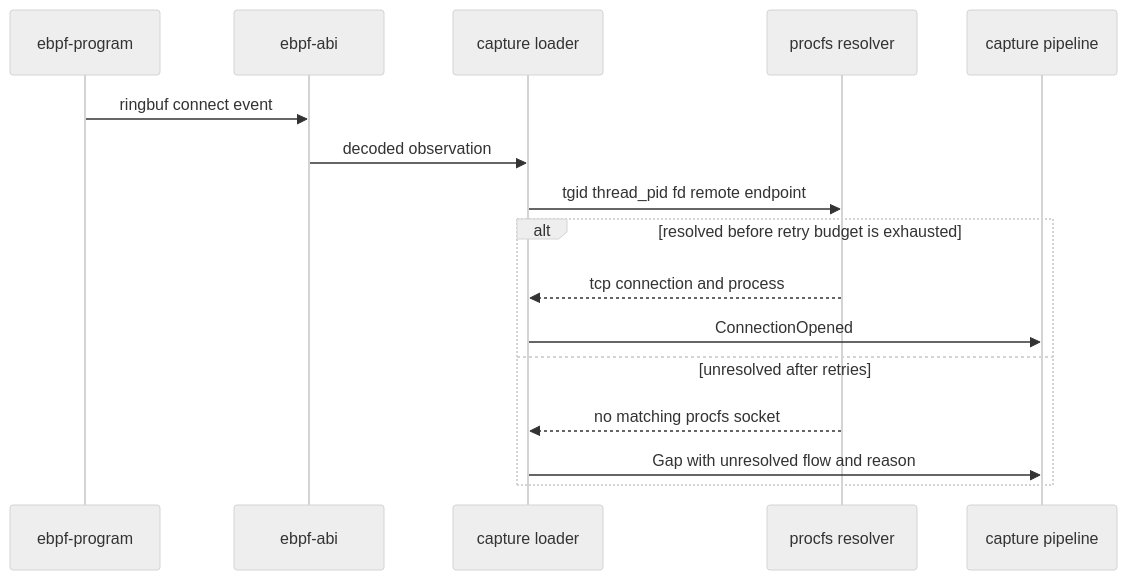
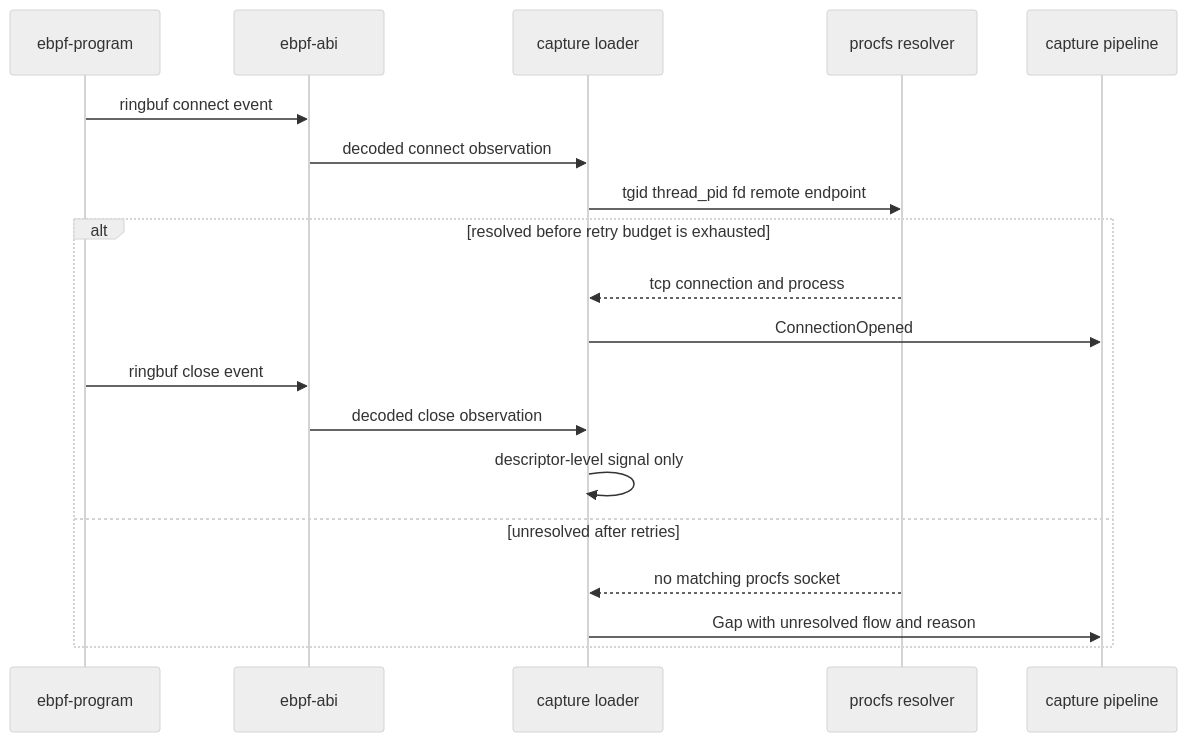
One commit to M4n5ter/probe changed the third of 7 diagrams in docs/design.md. Above: the diagram before and after it, drawn with Mermaid (neutral theme). The commit also changed other lines of this file and 17 other files, not shown here.

Commit message:
Add eBPF descriptor close observation

````diff
--- a/docs/design.md
+++ b/docs/design.md
@@ -291,19 +291,22 @@
 ```mermaid
 sequenceDiagram
     participant Program as ebpf-program
     participant Abi as ebpf-abi
     participant Loader as capture loader
     participant Resolver as procfs resolver
     participant Pipeline as capture pipeline
 
     Program->>Abi: ringbuf connect event
-    Abi->>Loader: decoded observation
+    Abi->>Loader: decoded connect observation
     Loader->>Resolver: tgid thread_pid fd remote endpoint
     alt resolved before retry budget is exhausted
         Resolver-->>Loader: tcp connection and process
         Loader->>Pipeline: ConnectionOpened
+        Program->>Abi: ringbuf close event
+        Abi->>Loader: decoded close observation
+        Loader->>Loader: descriptor-level signal only
     else unresolved after retries
         Resolver-->>Loader: no matching procfs socket
         Loader->>Pipeline: Gap with unresolved flow and reason
     end
 ```
````
